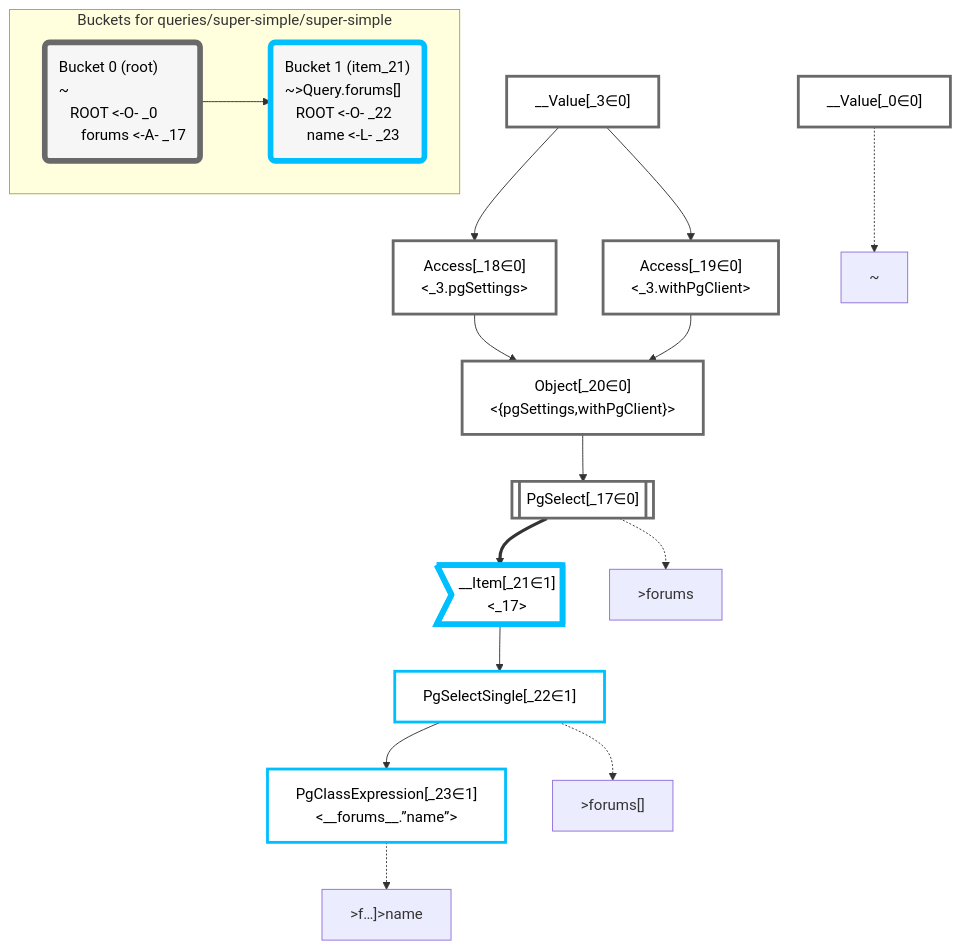
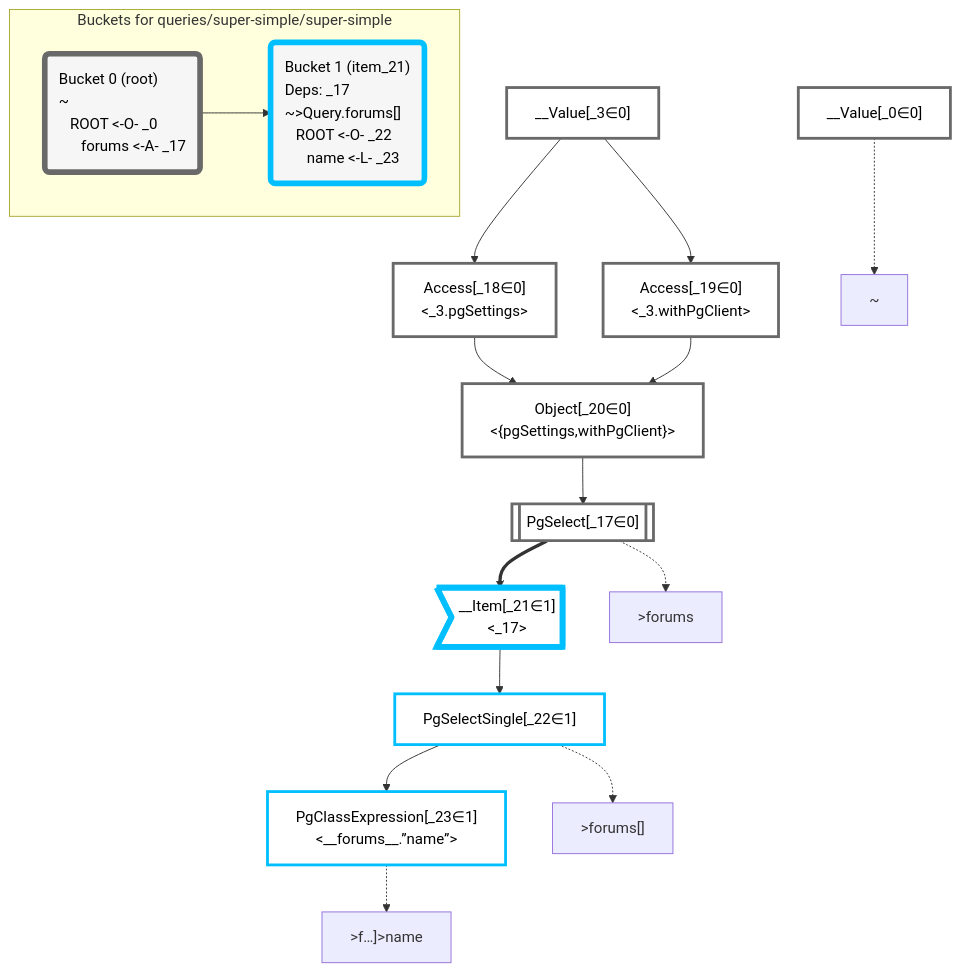
The diagram in packages/dataplan-pg/__tests__/queries/super-simple/super-simple.deopt.mermaid.md (graphile/crystal), drawn with Mermaid before and after one commit. The commit also changed 157 other files, not shown here.

Commit message:
Add deps to all query snapshots

````diff
--- a/packages/dataplan-pg/__tests__/queries/super-simple/super-simple.deopt.mermaid.md
+++ b/packages/dataplan-pg/__tests__/queries/super-simple/super-simple.deopt.mermaid.md
@@ -1,54 +1,54 @@
 ```mermaid
 graph TD
     classDef path fill:#eee,stroke:#000,color:#000
     classDef plan fill:#fff,stroke-width:3px,color:#000
     classDef itemplan fill:#fff,stroke-width:6px,color:#000
     classDef sideeffectplan fill:#f00,stroke-width:6px,color:#000
     classDef bucket fill:#f6f6f6,color:#000,stroke-width:6px,text-align:left
 
 
     %% define plans
     __Value_0["__Value[_0∈0]"]:::plan
     __Value_3["__Value[_3∈0]<br /><context>"]:::plan
     PgSelect_17[["PgSelect[_17∈0]<br /><forums>"]]:::plan
     Access_18["Access[_18∈0]<br /><_3.pgSettings>"]:::plan
     Access_19["Access[_19∈0]<br /><_3.withPgClient>"]:::plan
     Object_20["Object[_20∈0]<br /><{pgSettings,withPgClient}>"]:::plan
     __Item_21>"__Item[_21∈1]<br /><_17>"]:::itemplan
     PgSelectSingle_22["PgSelectSingle[_22∈1]<br /><forums>"]:::plan
     PgClassExpression_23["PgClassExpression[_23∈1]<br /><__forums__.”name”>"]:::plan
 
     %% plan dependencies
     Object_20 --> PgSelect_17
     __Value_3 --> Access_18
     __Value_3 --> Access_19
     Access_18 --> Object_20
     Access_19 --> Object_20
     PgSelect_17 ==> __Item_21
     __Item_21 --> PgSelectSingle_22
     PgSelectSingle_22 --> PgClassExpression_23
 
     %% plan-to-path relationships
     P_0["~"]
     __Value_0 -.-> P_0
     P_17[">forums"]
     PgSelect_17 -.-> P_17
     P_22[">forums[]"]
     PgSelectSingle_22 -.-> P_22
     P_23[">f…]>name"]
     PgClassExpression_23 -.-> P_23
 
     %% allocate buckets
     classDef bucket0 stroke:#696969
     class __Value_0,__Value_3,PgSelect_17,Access_18,Access_19,Object_20 bucket0
     classDef bucket1 stroke:#00bfff
     class __Item_21,PgSelectSingle_22,PgClassExpression_23 bucket1
 
     subgraph "Buckets for queries/super-simple/super-simple"
     Bucket0("Bucket 0 (root)<br />~<br />⠀ROOT <-O- _0<br />⠀⠀forums <-A- _17"):::bucket
     style Bucket0 stroke:#696969
-    Bucket1("Bucket 1 (item_21)<br />~>Query.forums[]<br />⠀ROOT <-O- _22<br />⠀⠀name <-L- _23"):::bucket
+    Bucket1("Bucket 1 (item_21)<br />Deps: _17<br />~>Query.forums[]<br />⠀ROOT <-O- _22<br />⠀⠀name <-L- _23"):::bucket
     style Bucket1 stroke:#00bfff
     Bucket0 --> Bucket1
     end
 ```
````
